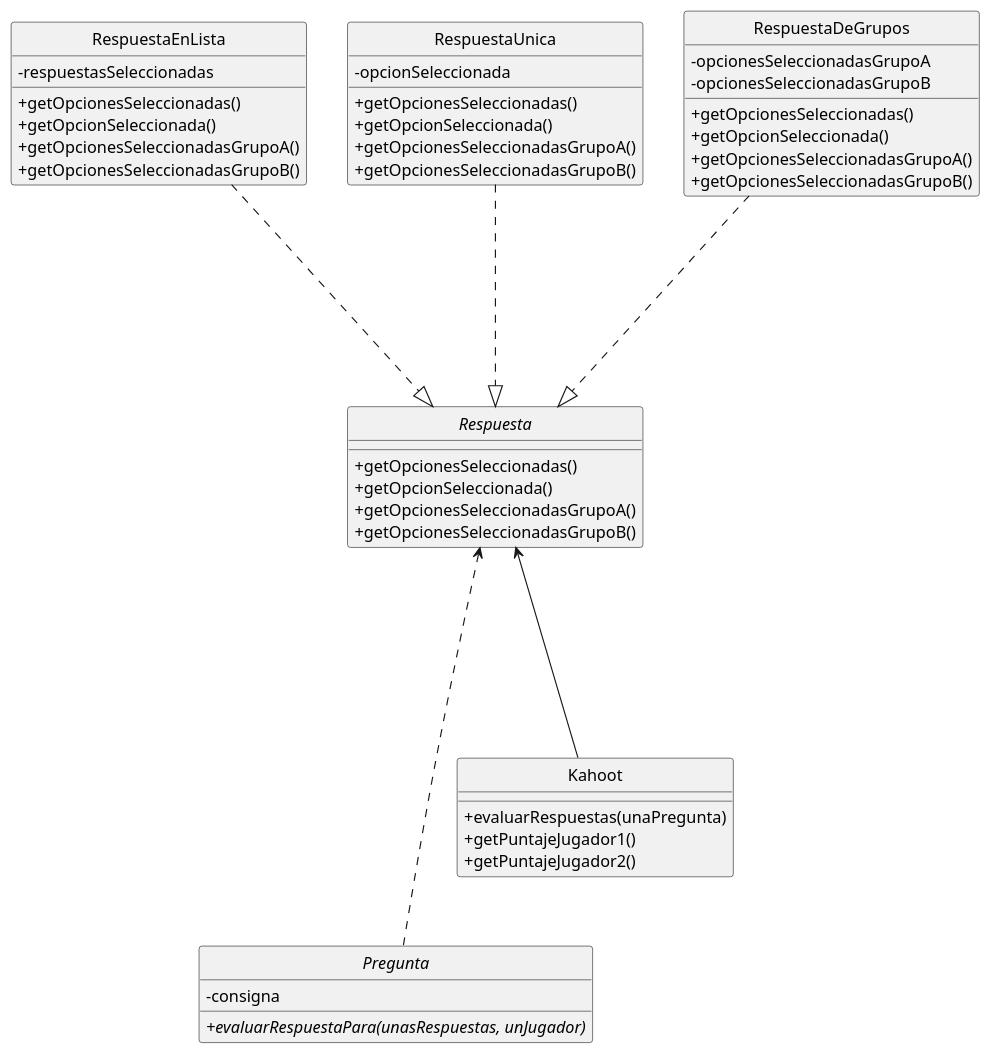
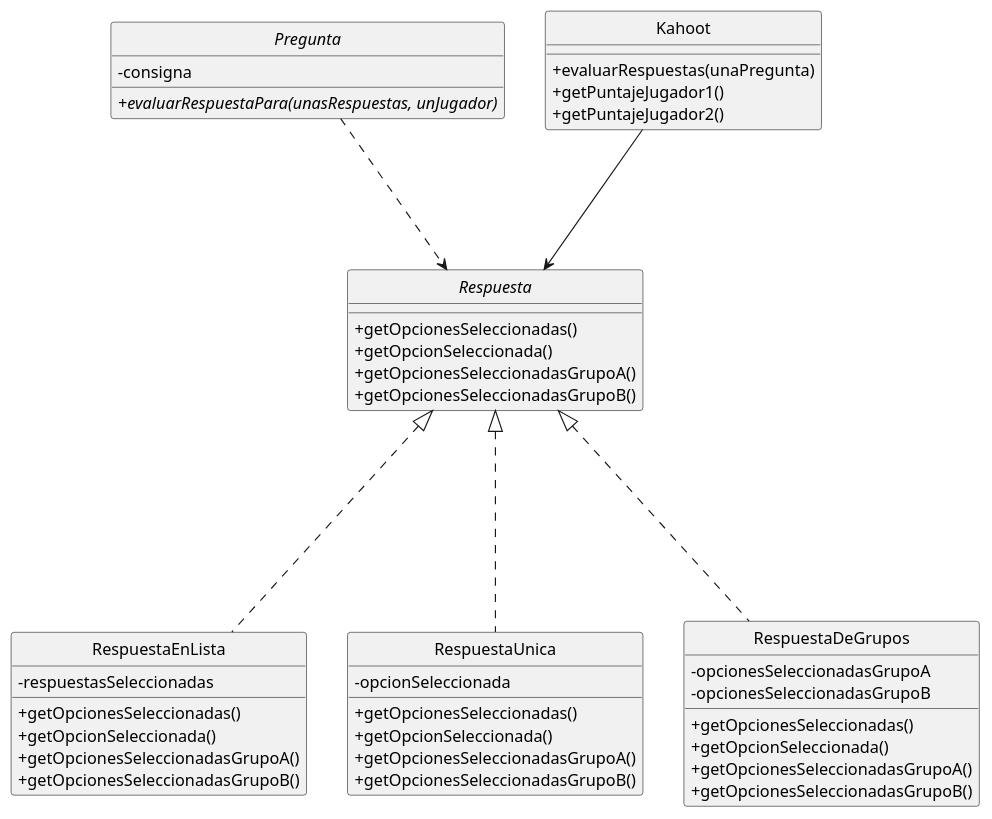
One commit to Tomymanoukian/AyPIII_TP2 changed the diagram in Diagramas/DiagramaDeClase/RelacionesRespuestas.puml. Above: the diagram before and after it, drawn with PlantUML.

Commit message:
Diagrama De Clase Respuesta, cambio la organizacion de las clases

```diff
--- a/Diagramas/DiagramaDeClase/RelacionesRespuestas.puml
+++ b/Diagramas/DiagramaDeClase/RelacionesRespuestas.puml
@@ -1,60 +1,60 @@
 @startuml
 
 skinparam classAttributeIconSize 0
 skinparam shadowing false
 hide circle
 
 Interface Respuesta {
     +getOpcionesSeleccionadas()
     +getOpcionSeleccionada()
     +getOpcionesSeleccionadasGrupoA()
     +getOpcionesSeleccionadasGrupoB()
 }
 
 class RespuestaEnLista{
     -respuestasSeleccionadas
     +getOpcionesSeleccionadas()
     +getOpcionSeleccionada()
     +getOpcionesSeleccionadasGrupoA()
     +getOpcionesSeleccionadasGrupoB()
 }
 
 class RespuestaUnica{
     -opcionSeleccionada
     +getOpcionesSeleccionadas()
     +getOpcionSeleccionada()
     +getOpcionesSeleccionadasGrupoA()
     +getOpcionesSeleccionadasGrupoB()
 }
 
 class RespuestaDeGrupos{
     -opcionesSeleccionadasGrupoA
     -opcionesSeleccionadasGrupoB
     +getOpcionesSeleccionadas()
     +getOpcionSeleccionada()
     +getOpcionesSeleccionadasGrupoA()
     +getOpcionesSeleccionadasGrupoB()
 }
 
 abstract class Pregunta {
     -consigna
     {abstract}+evaluarRespuestaPara(unasRespuestas, unJugador)
 }
 
 class Kahoot {
     +evaluarRespuestas(unaPregunta)
     +getPuntajeJugador1()
     +getPuntajeJugador2()
 }
 
-RespuestaDeGrupos .---|> Respuesta
-RespuestaEnLista .---|> Respuesta
-RespuestaUnica .---|> Respuesta
+Respuesta <|---. RespuestaDeGrupos
+Respuesta <|---. RespuestaEnLista
+Respuesta <|---. RespuestaUnica
 
-Respuesta <---- Kahoot
+Kahoot ---> Respuesta
 
-Respuesta <----. Pregunta
+Pregunta .--> Respuesta
 
 
 
 @enduml
```
